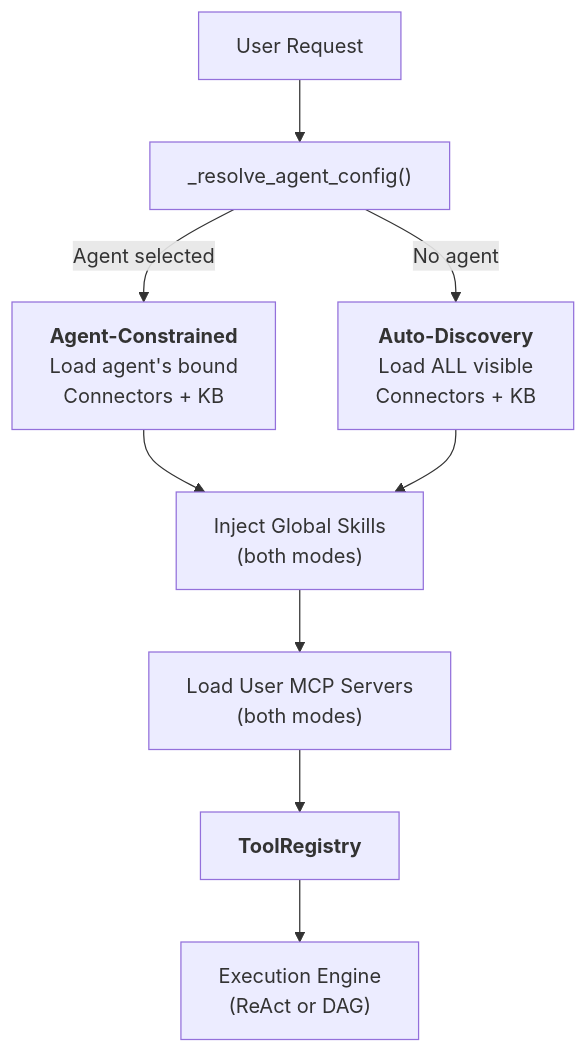
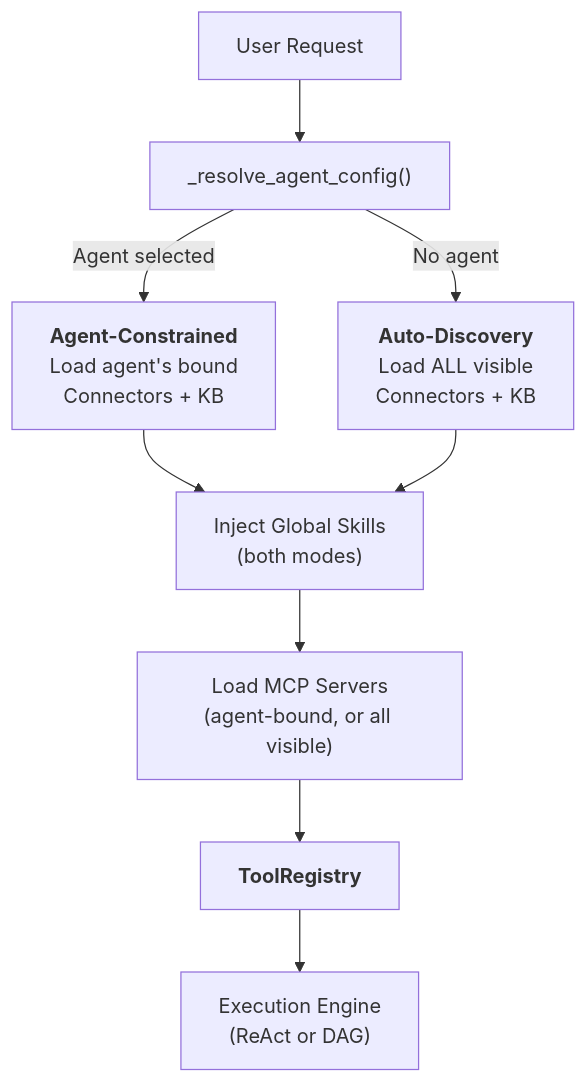
The first of 4 diagrams in docs/architecture/agent-discovery.mdx (fim-ai/fim-one), drawn with Mermaid before and after one commit. The commit also changed other lines of this file and 9 other files, not shown here.

First line of the commit message:
docs(architecture): align engine, hook and discovery pages with the code

````diff
--- a/docs/architecture/agent-discovery.mdx
+++ b/docs/architecture/agent-discovery.mdx
@@ -29,13 +29,13 @@
 ```mermaid
 flowchart TD
     U["User Request"] --> R["_resolve_agent_config()"]
     R -->|Agent selected| AC["<b>Agent-Constrained</b><br/>Load agent's bound<br/>Connectors + KB"]
     R -->|No agent| AD["<b>Auto-Discovery</b><br/>Load ALL visible<br/>Connectors + KB"]
 
     AC --> SK["Inject Global Skills<br/>(both modes)"]
     AD --> SK
 
-    SK --> MCP["Load User MCP Servers<br/>(both modes)"]
+    SK --> MCP["Load MCP Servers<br/>(agent-bound, or all visible)"]
     MCP --> TR["<b>ToolRegistry</b>"]
     TR --> EE["Execution Engine<br/>(ReAct or DAG)"]
 ```
````
